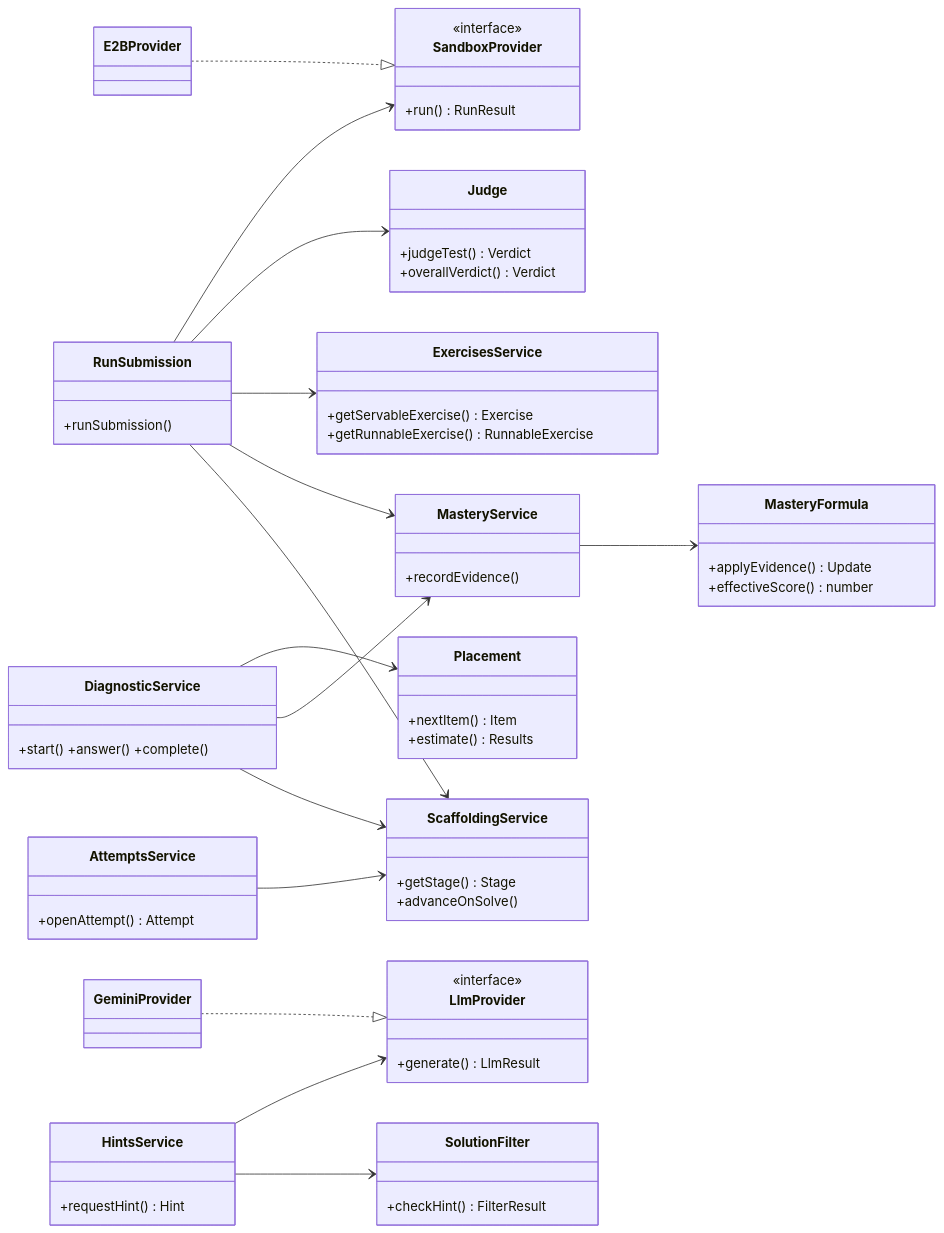
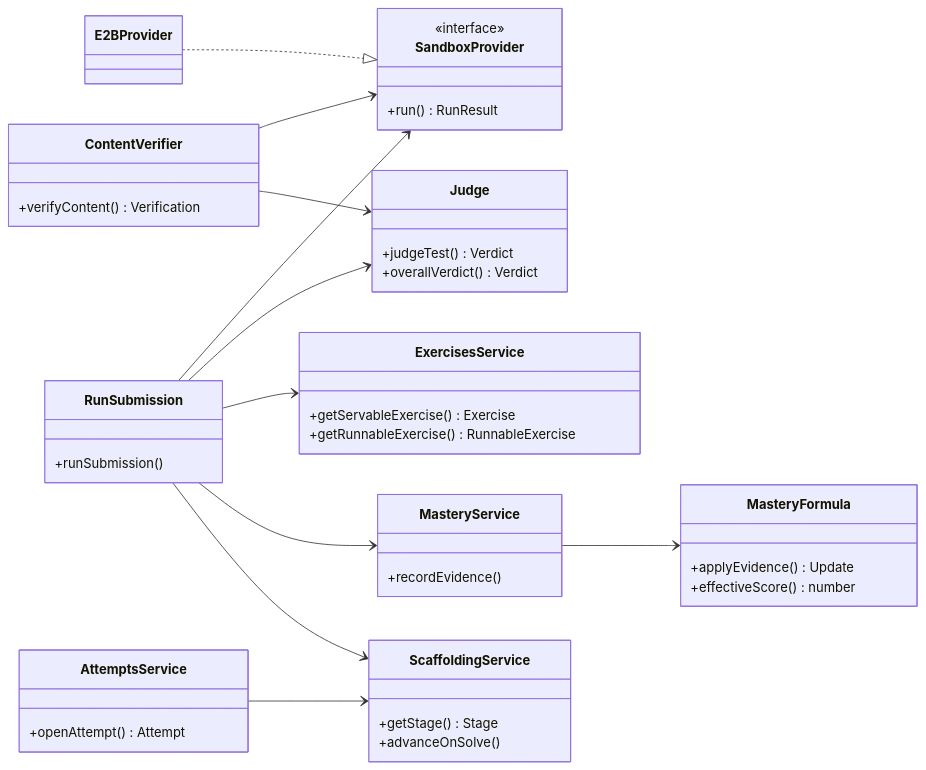
Before and after one commit to Nidanos/ai-tutor-platform: diagram 15 of 27 in DOCS/phase-3/MP3-Draft-Report.md, drawn with Mermaid. The commit also changed other lines of this file and 1 other file, not shown here.

````diff
--- a/DOCS/phase-3/MP3-Draft-Report.md
+++ b/DOCS/phase-3/MP3-Draft-Report.md
@@ -830,66 +922,47 @@
 ```mermaid
 classDiagram
   direction LR
   class SandboxProvider {
     <<interface>>
     +run() RunResult
   }
   class E2BProvider
   class Judge {
     +judgeTest() Verdict
     +overallVerdict() Verdict
   }
   class RunSubmission {
     +runSubmission()
+  }
+  class ContentVerifier {
+    +verifyContent() Verification
   }
   class ExercisesService {
     +getServableExercise() Exercise
     +getRunnableExercise() RunnableExercise
   }
   class AttemptsService {
     +openAttempt() Attempt
   }
   class MasteryService {
     +recordEvidence()
   }
   class MasteryFormula {
     +applyEvidence() Update
     +effectiveScore() number
   }
   class ScaffoldingService {
     +getStage() Stage
     +advanceOnSolve()
   }
-  class LlmProvider {
-    <<interface>>
-    +generate() LlmResult
-  }
-  class GeminiProvider
-  class HintsService {
-    +requestHint() Hint
-  }
-  class SolutionFilter {
-    +checkHint() FilterResult
-  }
-  class DiagnosticService {
-    +start() +answer() +complete()
-  }
-  class Placement {
-    +nextItem() Item
-    +estimate() Results
-  }
   E2BProvider ..|> SandboxProvider
-  GeminiProvider ..|> LlmProvider
-  HintsService --> LlmProvider
-  HintsService --> SolutionFilter
-  DiagnosticService --> Placement
-  DiagnosticService --> MasteryService
-  DiagnosticService --> ScaffoldingService
   RunSubmission --> SandboxProvider
   RunSubmission --> Judge
   RunSubmission --> ExercisesService
   RunSubmission --> MasteryService
   RunSubmission --> ScaffoldingService
+  ContentVerifier --> SandboxProvider
+  ContentVerifier --> Judge
   MasteryService --> MasteryFormula
   AttemptsService --> ScaffoldingService
 ```
````
